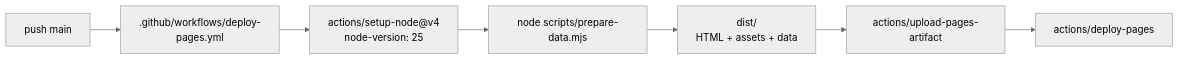
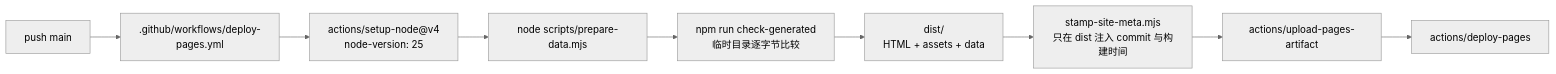
The second of 2 diagrams in docs/data-flow.md (pacoxu/football-research-sandbox), drawn with Mermaid (neutral theme) before and after one commit. The commit also changed other lines of this file and 43 other files, not shown here.

````diff
--- a/docs/data-flow.md
+++ b/docs/data-flow.md
@@ -39,9 +43,11 @@
 ```mermaid
 flowchart LR
   Push["push main"] --> Action[".github/workflows/deploy-pages.yml"]
   Action --> Setup["actions/setup-node@v4<br/>node-version: 25"]
   Setup --> Prepare["node scripts/prepare-data.mjs"]
-  Prepare --> Dist["dist/<br/>HTML + assets + data"]
-  Dist --> Upload["actions/upload-pages-artifact"]
+  Prepare --> Check["npm run check-generated<br/>临时目录逐字节比较"]
+  Check --> Dist["dist/<br/>HTML + assets + data"]
+  Dist --> Stamp["stamp-site-meta.mjs<br/>只在 dist 注入 commit 与构建时间"]
+  Stamp --> Upload["actions/upload-pages-artifact"]
   Upload --> Deploy["actions/deploy-pages"]
 ```
````
